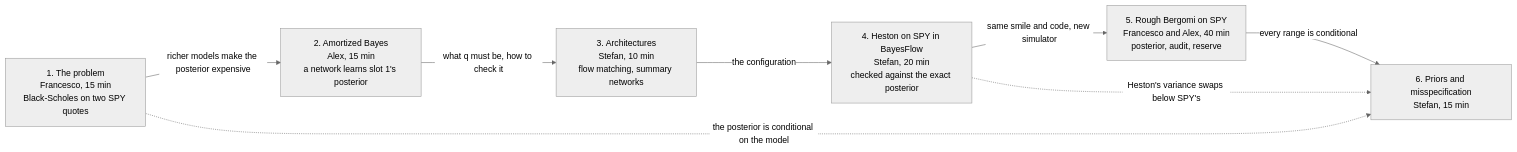
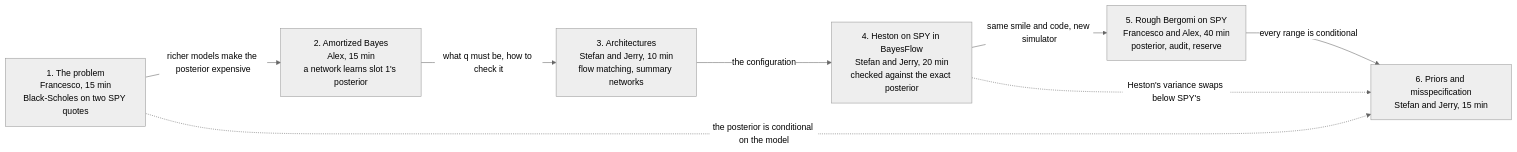
Before and after one commit to fmuia/sbi4finance: the diagram in tutorial/curriculum/00-overview.md, drawn with Mermaid (neutral theme). The commit also changed other lines of this file and 13 other files, not shown here.

First line of the commit message:
Give Jerry Stefan's slots, and drop the take-home track

````diff
--- a/tutorial/curriculum/00-overview.md
+++ b/tutorial/curriculum/00-overview.md
@@ -95,10 +95,10 @@
 ```mermaid
 flowchart LR
   S1["1. The problem<br/>Francesco, 15 min<br/>Black-Scholes on two SPY quotes"] -->|"richer models make the posterior expensive"| S2["2. Amortized Bayes<br/>Alex, 15 min<br/>a network learns slot 1's posterior"]
-  S2 -->|"what q must be, how to check it"| S3["3. Architectures<br/>Stefan, 10 min<br/>flow matching, summary networks"]
-  S3 -->|"the configuration"| S4["4. Heston on SPY in BayesFlow<br/>Stefan, 20 min<br/>checked against the exact posterior"]
+  S2 -->|"what q must be, how to check it"| S3["3. Architectures<br/>Stefan and Jerry, 10 min<br/>flow matching, summary networks"]
+  S3 -->|"the configuration"| S4["4. Heston on SPY in BayesFlow<br/>Stefan and Jerry, 20 min<br/>checked against the exact posterior"]
   S4 -->|"same smile and code, new simulator"| S5["5. Rough Bergomi on SPY<br/>Francesco and Alex, 40 min<br/>posterior, audit, reserve"]
-  S5 -->|"every range is conditional"| S6["6. Priors and misspecification<br/>Stefan, 15 min"]
+  S5 -->|"every range is conditional"| S6["6. Priors and misspecification<br/>Stefan and Jerry, 15 min"]
   S1 -.->|"the posterior is conditional on the model"| S6
   S4 -.->|"Heston's variance swaps below SPY's"| S6
 ```
````
